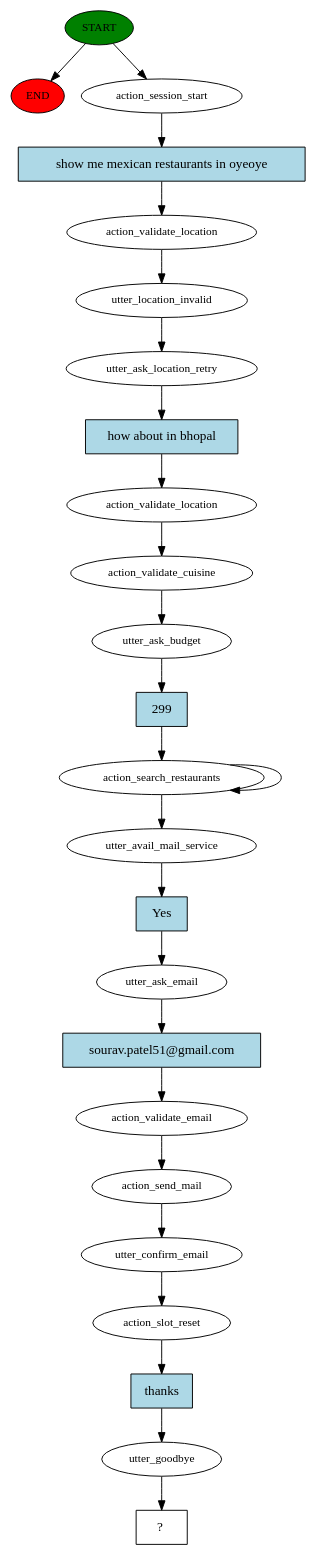
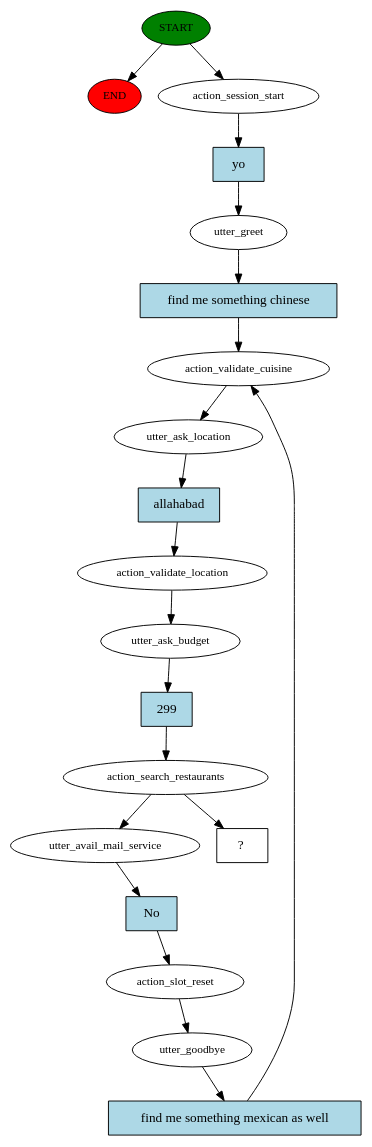
The diagram in story_graph.dot (thegreatluka/zomato-bot), drawn with Graphviz before and after one commit. The commit also changed 8 other files, not shown here.

```diff
--- a/story_graph.dot
+++ b/story_graph.dot
@@ -1,50 +1,40 @@
 digraph  {
 0 [class="start active", fillcolor=green, fontsize=12, label=START, style=filled];
 "-1" [class=end, fillcolor=red, fontsize=12, label=END, style=filled];
 1 [class=active, fontsize=12, label=action_session_start];
-2 [class=active, fontsize=12, label=action_validate_location];
-3 [class=active, fontsize=12, label=utter_location_invalid];
-4 [class=active, fontsize=12, label=utter_ask_location_retry];
+2 [class=active, fontsize=12, label=utter_greet];
+3 [class=active, fontsize=12, label=action_validate_cuisine];
+4 [class=active, fontsize=12, label=utter_ask_location];
 5 [class=active, fontsize=12, label=action_validate_location];
-6 [class=active, fontsize=12, label=action_validate_cuisine];
-7 [class=active, fontsize=12, label=utter_ask_budget];
-8 [class=active, fontsize=12, label=action_search_restaurants];
-17 [class=active, fontsize=12, label=utter_avail_mail_service];
-18 [class=active, fontsize=12, label=utter_ask_email];
-19 [class=active, fontsize=12, label=action_validate_email];
-20 [class=active, fontsize=12, label=action_send_mail];
-21 [class=active, fontsize=12, label=utter_confirm_email];
-22 [class=active, fontsize=12, label=action_slot_reset];
-23 [class=active, fontsize=12, label=utter_goodbye];
-24 [class="intent dashed active", label="  ?  ", shape=rect];
-25 [class="intent active", fillcolor=lightblue, label="show me mexican restaurants in oyeoye", shape=rect, style=filled];
-26 [class="intent active", fillcolor=lightblue, label="how about in bhopal", shape=rect, style=filled];
-27 [class="intent active", fillcolor=lightblue, label=299, shape=rect, style=filled];
-28 [class="intent active", fillcolor=lightblue, label=Yes, shape=rect, style=filled];
-29 [class="intent active", fillcolor=lightblue, label="sourav.patel51@gmail.com", shape=rect, style=filled];
-30 [class="intent active", fillcolor=lightblue, label=thanks, shape=rect, style=filled];
+6 [class=active, fontsize=12, label=utter_ask_budget];
+7 [class=active, fontsize=12, label=action_search_restaurants];
+8 [class=active, fontsize=12, label=utter_avail_mail_service];
+9 [class=active, fontsize=12, label=action_slot_reset];
+10 [class=active, fontsize=12, label=utter_goodbye];
+16 [class="intent dashed active", label="  ?  ", shape=rect];
+17 [class="intent active", fillcolor=lightblue, label=yo, shape=rect, style=filled];
+18 [class="intent active", fillcolor=lightblue, label="find me something chinese", shape=rect, style=filled];
+19 [class="intent active", fillcolor=lightblue, label=allahabad, shape=rect, style=filled];
+20 [class="intent active", fillcolor=lightblue, label=299, shape=rect, style=filled];
+21 [class="intent active", fillcolor=lightblue, label=No, shape=rect, style=filled];
+22 [class="intent active", fillcolor=lightblue, label="find me something mexican as well", shape=rect, style=filled];
 0 -> "-1"  [class="", key=NONE, label=""];
 0 -> 1  [class=active, key=NONE, label=""];
-1 -> 25  [class=active, key=0];
-2 -> 3  [class=active, key=NONE, label=""];
+1 -> 17  [class=active, key=0];
+2 -> 18  [class=active, key=0];
 3 -> 4  [class=active, key=NONE, label=""];
-4 -> 26  [class=active, key=0];
+4 -> 19  [class=active, key=0];
 5 -> 6  [class=active, key=NONE, label=""];
-6 -> 7  [class=active, key=NONE, label=""];
-7 -> 27  [class=active, key=0];
-8 -> 8  [class=active, key=NONE, label=""];
-8 -> 17  [class=active, key=NONE, label=""];
-17 -> 28  [class=active, key=0];
-18 -> 29  [class=active, key=0];
-19 -> 20  [class=active, key=NONE, label=""];
-20 -> 21  [class=active, key=NONE, label=""];
-21 -> 22  [class=active, key=NONE, label=""];
-22 -> 30  [class=active, key=0];
-23 -> 24  [class=active, key=NONE, label=""];
-25 -> 2  [class=active, key=0];
-26 -> 5  [class=active, key=0];
-27 -> 8  [class=active, key=0];
-28 -> 18  [class=active, key=0];
-29 -> 19  [class=active, key=0];
-30 -> 23  [class=active, key=0];
+6 -> 20  [class=active, key=0];
+7 -> 8  [class=active, key=NONE, label=""];
+7 -> 16  [class=active, key=NONE, label=""];
+8 -> 21  [class=active, key=0];
+9 -> 10  [class=active, key=NONE, label=""];
+10 -> 22  [class=active, key=0];
+17 -> 2  [class=active, key=0];
+18 -> 3  [class=active, key=0];
+19 -> 5  [class=active, key=0];
+20 -> 7  [class=active, key=0];
+21 -> 9  [class=active, key=0];
+22 -> 3  [class=active, key=0];
 }
```
